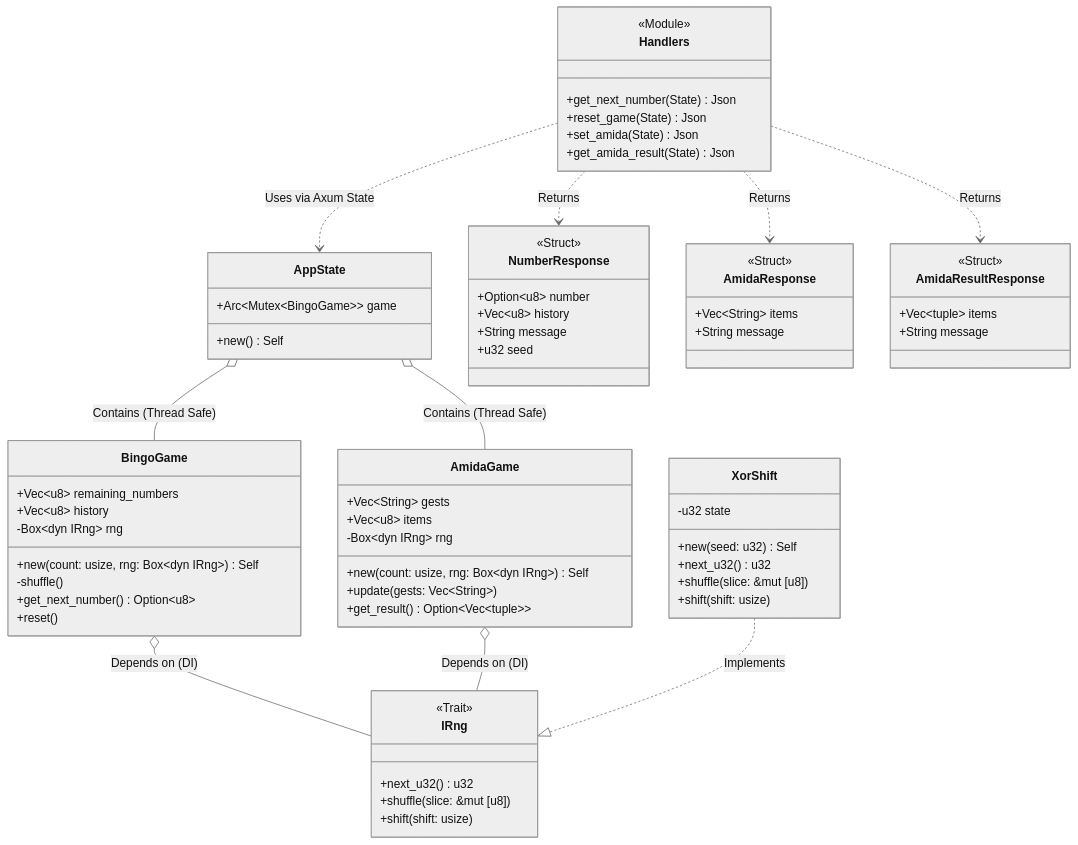
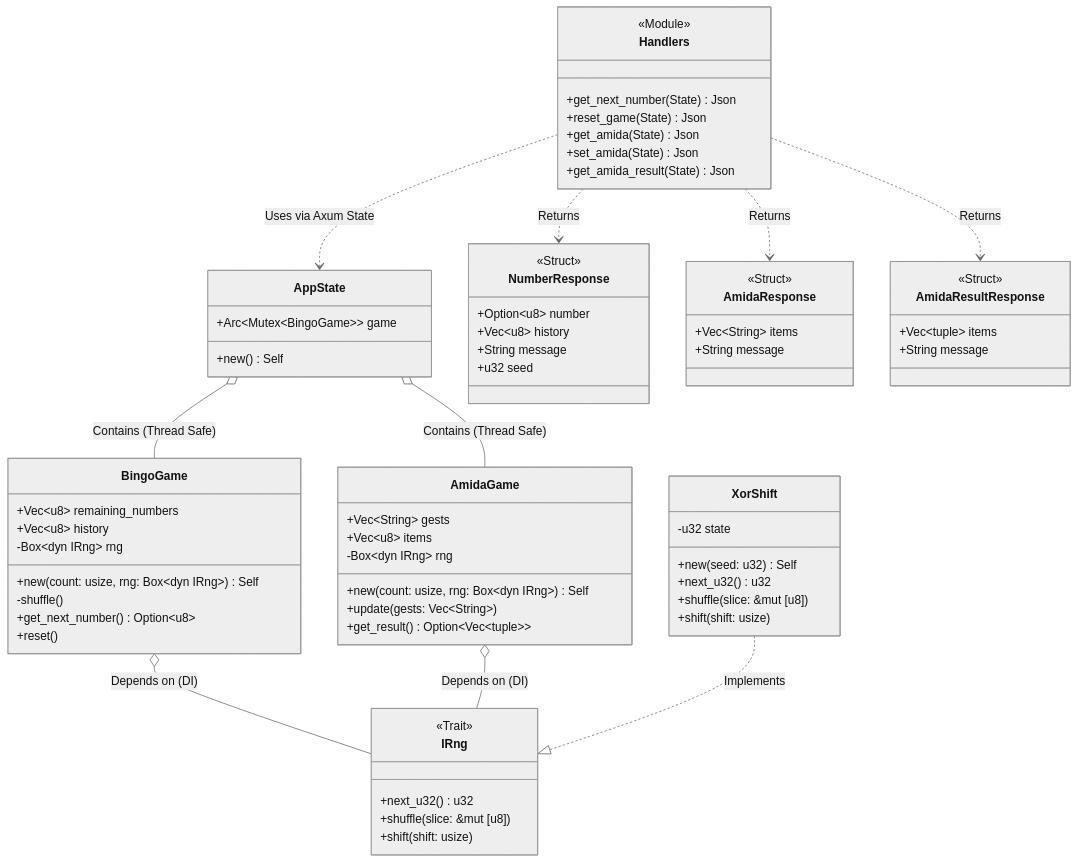
One commit to yasyasyu/bingo-server changed the second of 5 diagrams in docs/ARCHITECTURE.md. Above: the diagram before and after it, drawn with Mermaid (neutral theme). The commit also changed other lines of this file and 2 other files, not shown here.

````diff
--- a/docs/ARCHITECTURE.md
+++ b/docs/ARCHITECTURE.md
@@ -35,81 +35,82 @@
 ```mermaid
 classDiagram
     title Backend Class Structure
 
     class AppState {
         +Arc~Mutex~BingoGame~~ game
         +new() Self
     }
 
     class IRng {
         <<Trait>>
         +next_u32() u32
         +shuffle(slice: &mut [u8])
         +shift(shift: usize)
     }
 
     class XorShift {
         -u32 state
         +new(seed: u32) Self
         +next_u32() u32
         +shuffle(slice: &mut [u8])
         +shift(shift: usize)
     }
 
     class BingoGame {
         +Vec~u8~ remaining_numbers
         +Vec~u8~ history
         -Box~dyn IRng~ rng
         +new(count: usize, rng: Box~dyn IRng~) Self
         -shuffle()
         +get_next_number() Option~u8~
         +reset()
     }
 
     class AmidaGame {
         +Vec~String~ gests
         +Vec~u8~ items
         -Box~dyn IRng~ rng
         +new(count: usize, rng: Box~dyn IRng~) Self
         +update(gests: Vec~String~)
         +get_result() Option~Vec~tuple~~
     }
 
     class Handlers {
         <<Module>>
         +get_next_number(State) Json
         +reset_game(State) Json
+        +get_amida(State) Json
         +set_amida(State) Json
         +get_amida_result(State) Json
     }
     
     class NumberResponse {
         <<Struct>>
         +Option~u8~ number
         +Vec~u8~ history
         +String message
         +u32 seed
     }
 
     class AmidaResponse {
         <<Struct>>
         +Vec~String~ items
         +String message
     }
 
     class AmidaResultResponse {
         <<Struct>>
         +Vec~tuple~ items
         +String message
     }
 
     Handlers ..> AppState : Uses via Axum State
     Handlers ..> NumberResponse : Returns
     Handlers ..> AmidaResponse : Returns
     Handlers ..> AmidaResultResponse : Returns
     AppState o-- BingoGame : Contains (Thread Safe)
     AppState o-- AmidaGame : Contains (Thread Safe)
     BingoGame o-- IRng : Depends on (DI)
     AmidaGame o-- IRng : Depends on (DI)
     XorShift ..|> IRng : Implements
 ```
````
